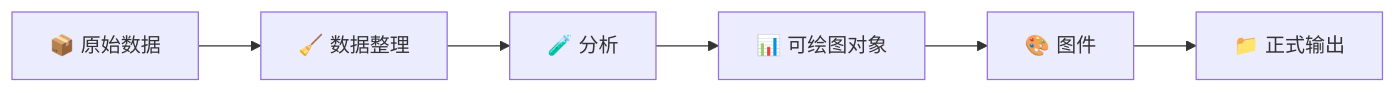
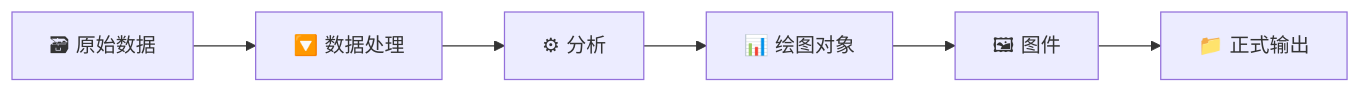
The first of 3 diagrams in README.zh-CN.md (apexpeng/r-data-lineage-plotting), drawn with Mermaid before and after one commit. The commit also changed other lines of this file, not shown here.

````diff
--- a/README.zh-CN.md
+++ b/README.zh-CN.md
@@ -53,8 +31,8 @@
 ```mermaid
 flowchart LR
-    A["📦 原始数据"] --> B["🧹 数据整理"]
-    B --> C["🧪 分析"]
-    C --> D["📊 可绘图对象"]
-    D --> E["🎨 图件"]
+    A["🗃 原始数据"] --> B["🔽 数据处理"]
+    B --> C["⚙ 分析"]
+    C --> D["📊 绘图对象"]
+    D --> E["🖼 图件"]
     E --> F["📁 正式输出"]
 ```
````
